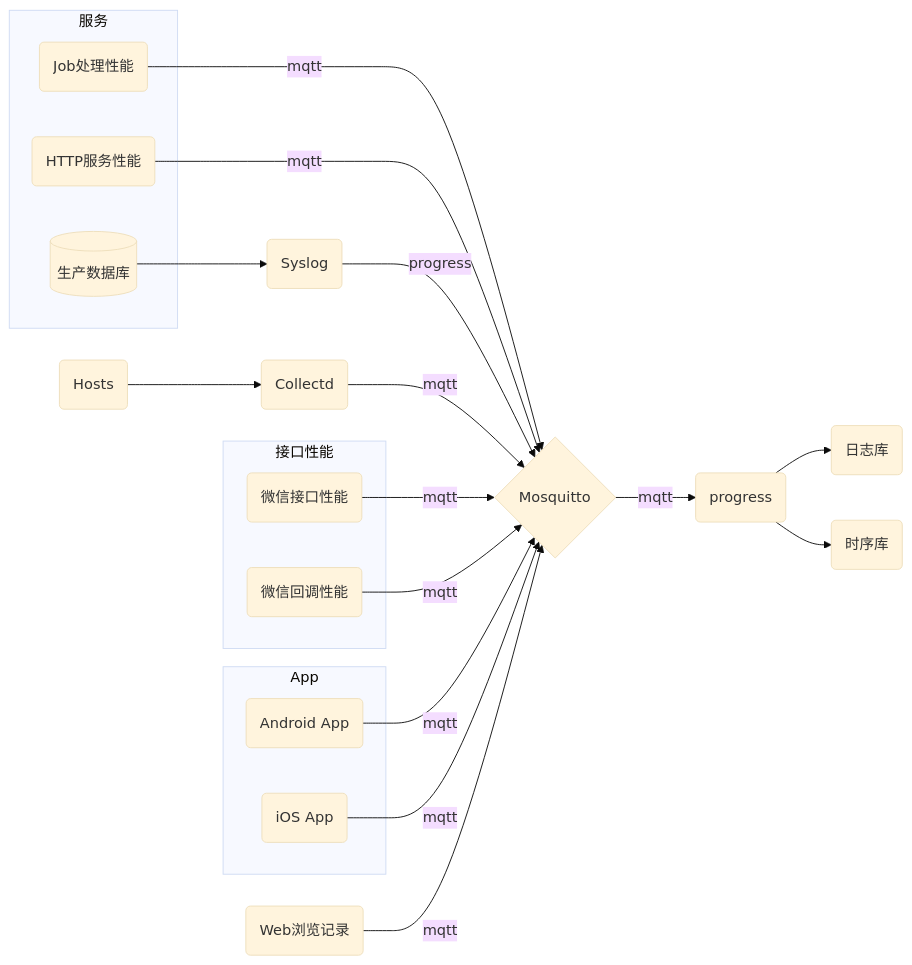
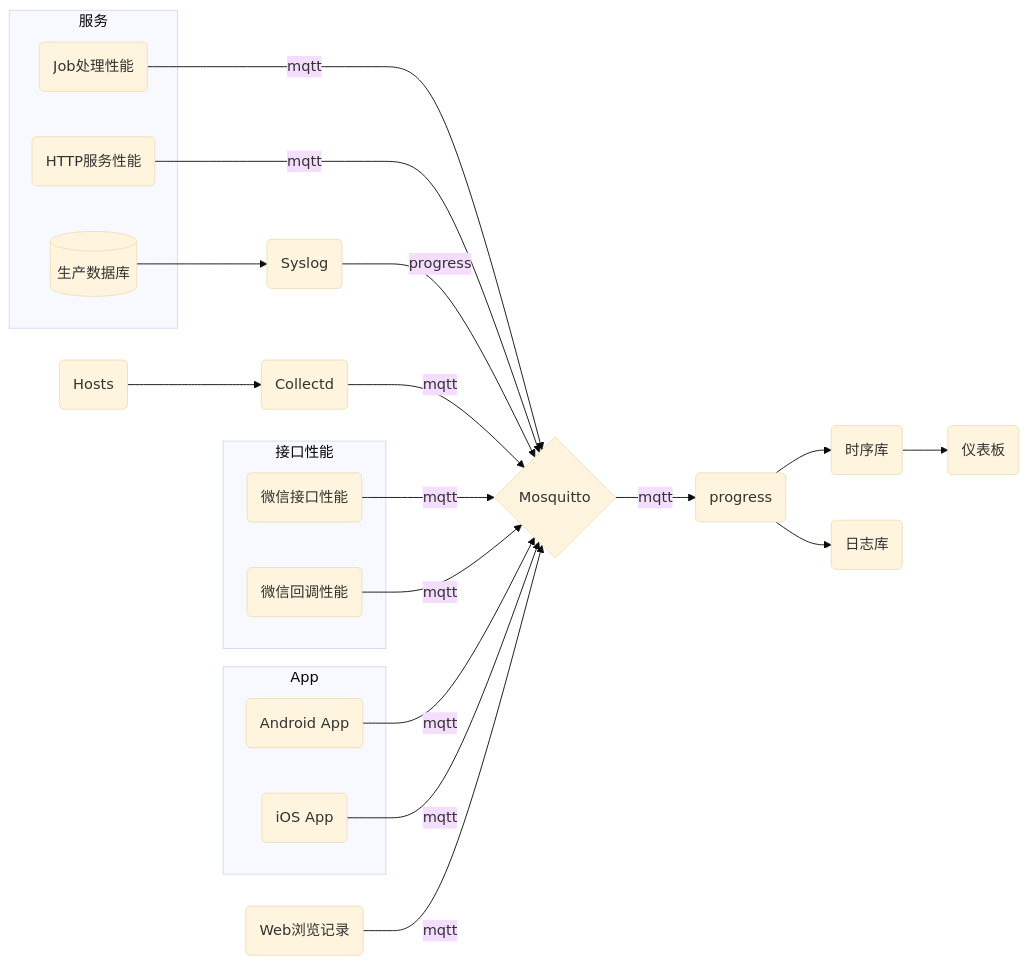
The diagram in source/_posts/inflexdb-vs-timescaledb.md (blusewang/blog), drawn with Mermaid (base theme) before and after one commit. The commit also changed 3 other files, not shown here.

````diff
--- a/source/_posts/inflexdb-vs-timescaledb.md
+++ b/source/_posts/inflexdb-vs-timescaledb.md
@@ -19,44 +19,45 @@
 ```mermaid
 flowchart LR
 
 %% 定义
 subgraph 服务
 db[(生产数据库)]
 http(HTTP服务性能)
 worker(Job处理性能)
 end
 
 subgraph App
 android(Android App)
 ios(iOS App)
 end
 
 mos{Mosquitto}
 h5(Web浏览记录)
 
 subgraph 接口性能
 wx.api(微信接口性能)
 wx.event(微信回调性能)
 end
 
 influx(时序库)
 pdb(日志库)
 
 syslog(Syslog)
 
 %% 连接
 worker-->|mqtt|mos
 http-->|mqtt|mos
 db-->syslog
 syslog-->|progress|mos
 host(Hosts)-->collectd
 collectd(Collectd)-->|mqtt|mos
 wx.api-->|mqtt|mos
 wx.event-->|mqtt|mos
 android-->|mqtt|mos
 ios-->|mqtt|mos
 h5-->|mqtt|mos
 mos-->|mqtt|pro
 pro(progress)-->pdb
 pro(progress)-->influx
+influx-->grafana(仪表板)
 ```
````
